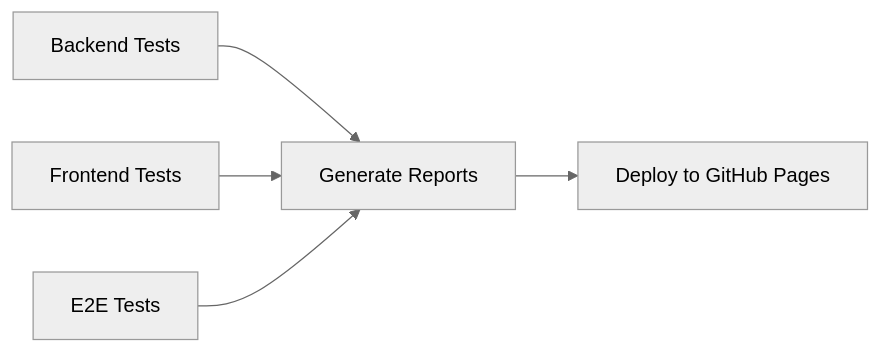
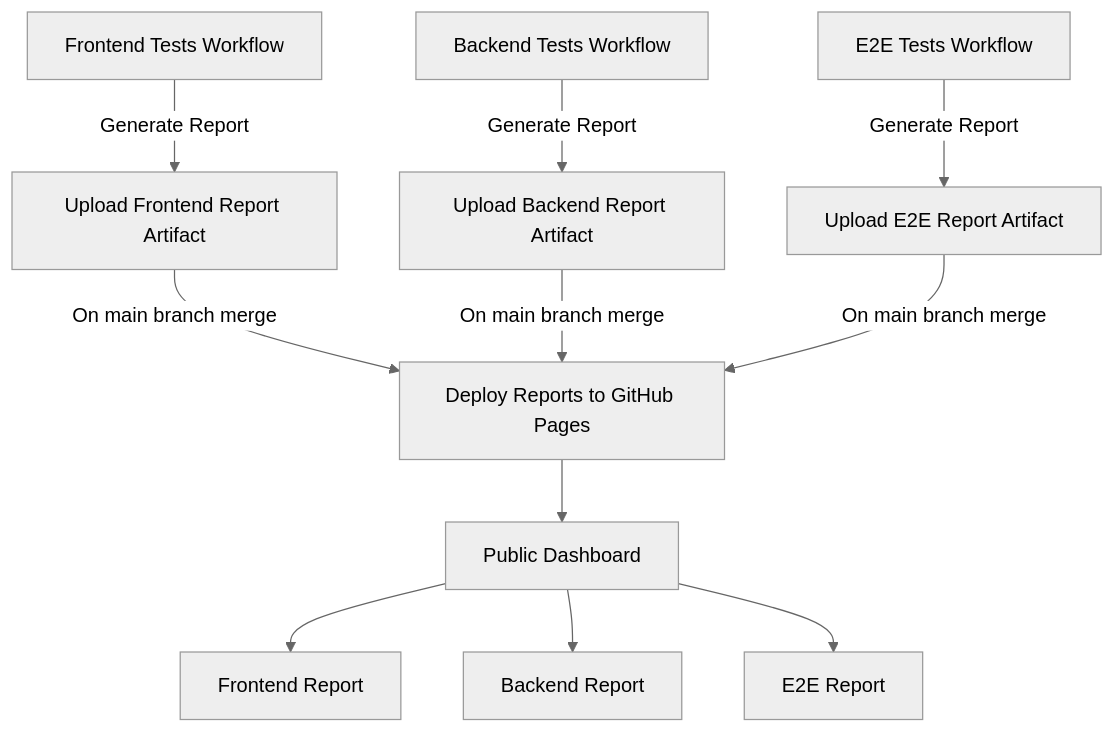
One commit to nora-berth/Pet-tracker changed the diagram in README.md. Above: the diagram before and after it, drawn with Mermaid (neutral theme). The commit also changed other lines of this file and 4 other files, not shown here.

````diff
--- a/README.md
+++ b/README.md
@@ -44,7 +44,15 @@
 ```mermaid
-graph LR
-    A[Backend Tests] --> D[Generate Reports]
-    B[Frontend Tests] --> D
-    C[E2E Tests] --> D
-    D --> E[Deploy to GitHub Pages]
+graph TB
+    A[Frontend Tests Workflow] -->|Generate Report| A1[Upload Frontend Report Artifact]
+    B[Backend Tests Workflow] -->|Generate Report| B1[Upload Backend Report Artifact]
+    C[E2E Tests Workflow] -->|Generate Report| C1[Upload E2E Report Artifact]
+
+    A1 -->|On main branch merge| D[Deploy Reports to GitHub Pages]
+    B1 -->|On main branch merge| D
+    C1 -->|On main branch merge| D
+
+    D --> E[Public Dashboard]
+    E --> E1[Frontend Report]
+    E --> E2[Backend Report]
+    E --> E3[E2E Report]
 ```
````
